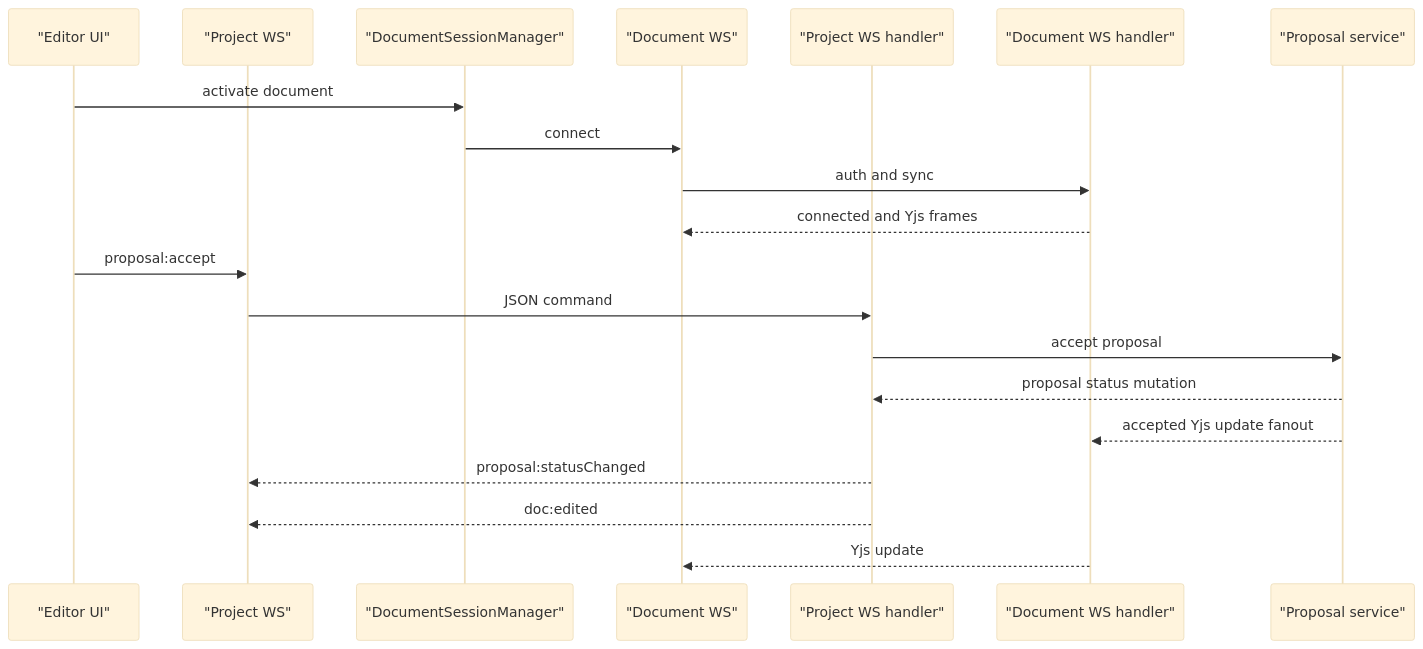
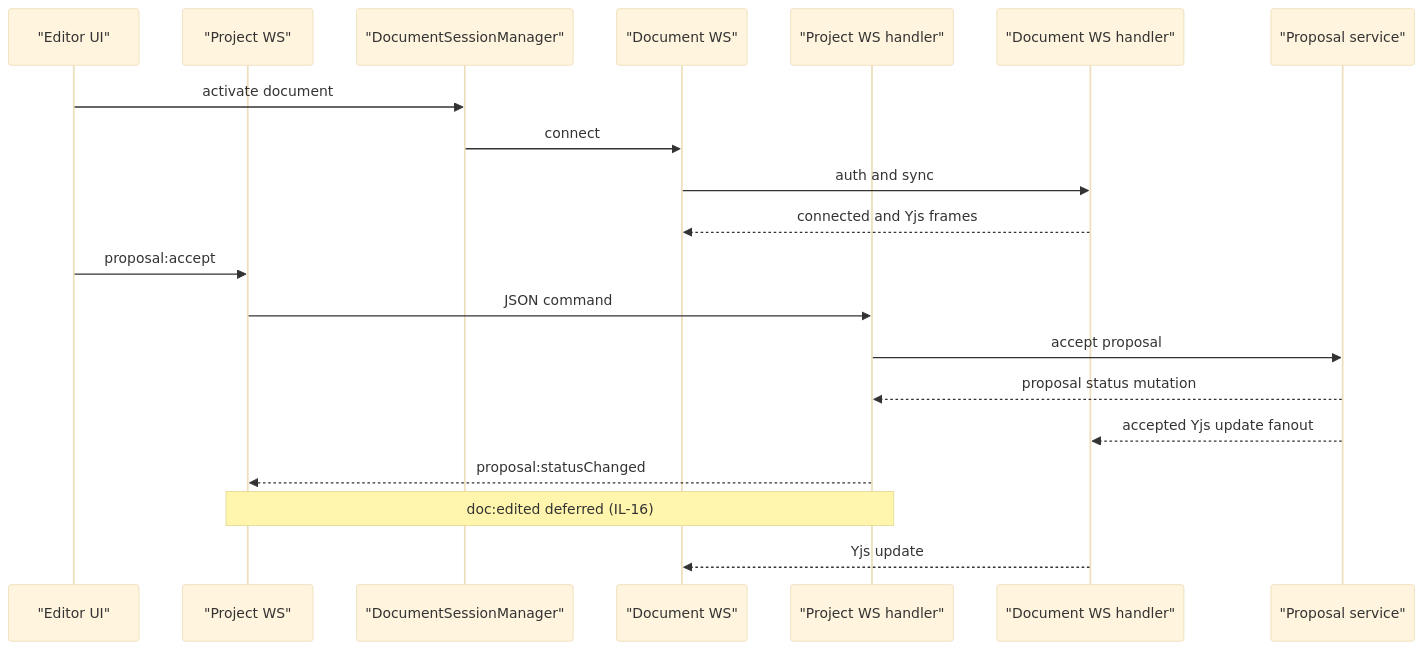
Before and after one commit to haowjy/meridian-flow: the third of 3 diagrams in .meridian/work/websocket-transport-v2/spec/architecture.md, drawn with Mermaid (base theme). The commit also changed other lines of this file and 25 other files, not shown here.

````diff
--- a/.meridian/work/websocket-transport-v2/spec/architecture.md
+++ b/.meridian/work/websocket-transport-v2/spec/architecture.md
@@ -97,24 +98,24 @@
 ```mermaid
 sequenceDiagram
     participant UI as "Editor UI"
     participant PWS as "Project WS"
     participant DSM as "DocumentSessionManager"
     participant DWS as "Document WS"
     participant PH as "Project WS handler"
     participant DH as "Document WS handler"
     participant PS as "Proposal service"
 
     UI->>DSM: activate document
     DSM->>DWS: connect
     DWS->>DH: auth and sync
     DH-->>DWS: connected and Yjs frames
 
     UI->>PWS: proposal:accept
     PWS->>PH: JSON command
     PH->>PS: accept proposal
     PS-->>PH: proposal status mutation
     PS-->>DH: accepted Yjs update fanout
     PH-->>PWS: proposal:statusChanged
-    PH-->>PWS: doc:edited
+    Note over PH,PWS: doc:edited deferred (IL-16)
     DH-->>DWS: Yjs update
 ```
````
